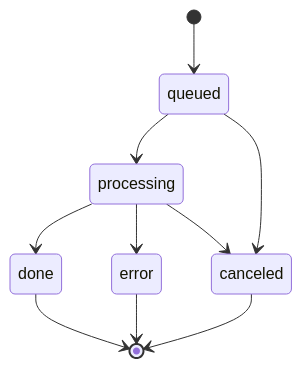
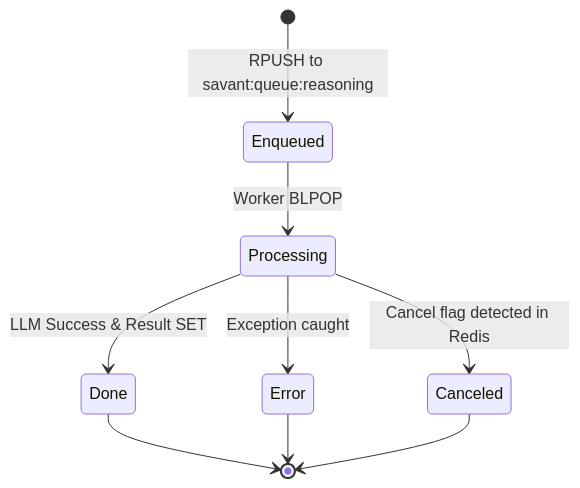
Before and after one commit to ashabbir/savant: the second of 2 diagrams in memory_bank/reasoning_worker.md, drawn with Mermaid. The commit also changed other lines of this file and 39 other files, not shown here.

````diff
--- a/memory_bank/reasoning_worker.md
+++ b/memory_bank/reasoning_worker.md
@@ -65,12 +67,11 @@
 ```mermaid
 stateDiagram-v2
-  [*] --> queued
-  queued --> processing
-  processing --> done
-  processing --> error
-  queued --> canceled
-  processing --> canceled
-  done --> [*]
-  error --> [*]
-  canceled --> [*]
+  [*] --> Enqueued: RPUSH to savant:queue:reasoning
+  Enqueued --> Processing: Worker BLPOP
+  Processing --> Done: LLM Success & Result SET
+  Processing --> Error: Exception caught
+  Processing --> Canceled: Cancel flag detected in Redis
+  Done --> [*]
+  Error --> [*]
+  Canceled --> [*]
 ```
````
